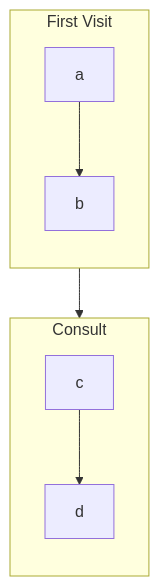
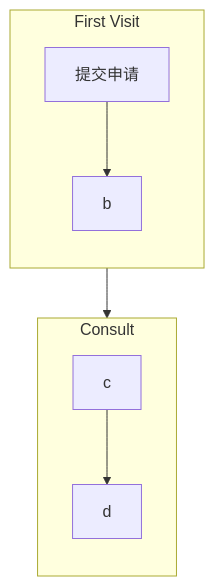
Before and after one commit to tzq0301/pcs: the first of 2 diagrams in README.md, drawn with Mermaid.

Commit message:
feat(auth): 增加项目来源与业务流程图

````diff
--- a/README.md
+++ b/README.md
@@ -13,14 +13,14 @@
 ```mermaid
 flowchart TB
     subgraph first-visit[First Visit]
         direction TB
-        a --> b
+        apply["提交申请"] --> b
     end
     
     subgraph consult[Consult]
         direction TB
         c --> d
     end
     
     first-visit --> consult
 ```
````
